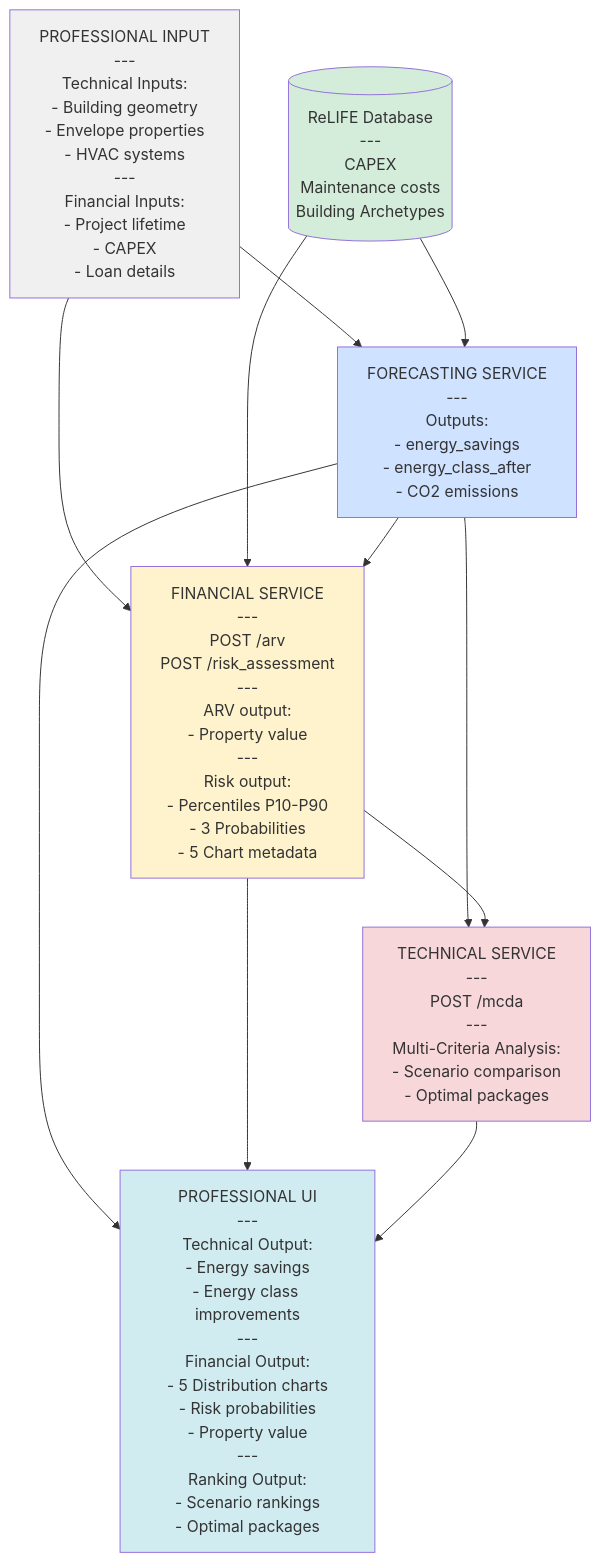
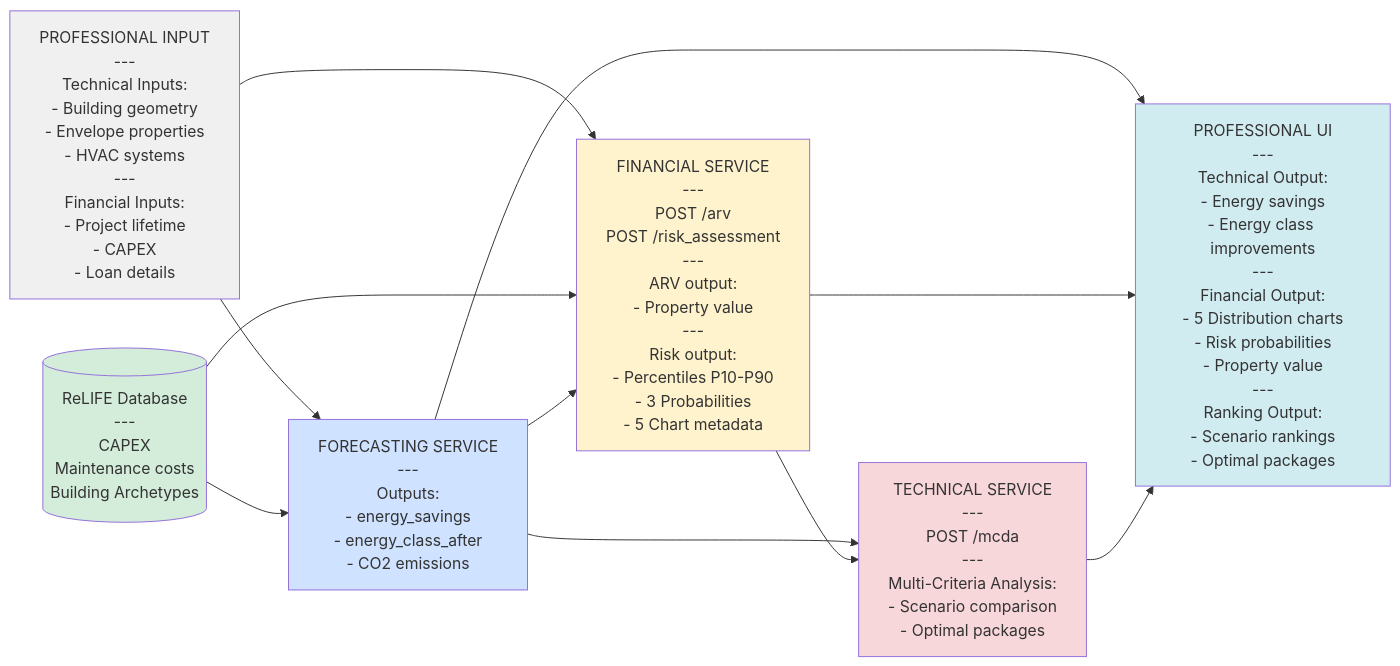
One commit to ReLIFE-Project-EU/relife-web-ui changed the sixth of 7 diagrams in .cursor/skills/tool-sequences/SKILL.md. Above: the diagram before and after it, drawn with Mermaid. The commit also changed other lines of this file, not shown here.

Commit message:
📝 Refine SKILL.md guidelines for Mermaid diagrams

````diff
--- a/.cursor/skills/tool-sequences/SKILL.md
+++ b/.cursor/skills/tool-sequences/SKILL.md
@@ -428,35 +447,35 @@
 ```mermaid
-flowchart TD
-    ProfInput[PROFESSIONAL INPUT<br/>---<br/>Technical Inputs:<br/>- Building geometry<br/>- Envelope properties<br/>- HVAC systems<br/>---<br/>Financial Inputs:<br/>- Project lifetime<br/>- CAPEX<br/>- Loan details]
+flowchart LR
+    ProfInput["PROFESSIONAL INPUT<br/>---<br/>Technical Inputs:<br/>- Building geometry<br/>- Envelope properties<br/>- HVAC systems<br/>---<br/>Financial Inputs:<br/>- Project lifetime<br/>- CAPEX<br/>- Loan details"]
 
-    DB[(ReLIFE Database<br/>---<br/>CAPEX<br/>Maintenance costs<br/>Building Archetypes)]
+    DB[("ReLIFE Database<br/>---<br/>CAPEX<br/>Maintenance costs<br/>Building Archetypes")]
 
-    Forecasting[FORECASTING SERVICE<br/>---<br/>Outputs:<br/>- energy_savings<br/>- energy_class_after<br/>- CO2 emissions]
+    Forecasting["FORECASTING SERVICE<br/>---<br/>Outputs:<br/>- energy_savings<br/>- energy_class_after<br/>- CO2 emissions"]
 
-    Financial[FINANCIAL SERVICE<br/>---<br/>POST /arv<br/>POST /risk_assessment<br/>---<br/>ARV output:<br/>- Property value<br/>---<br/>Risk output:<br/>- Percentiles P10-P90<br/>- 3 Probabilities<br/>- 5 Chart metadata]
+    Financial["FINANCIAL SERVICE<br/>---<br/>POST /arv<br/>POST /risk_assessment<br/>---<br/>ARV output:<br/>- Property value<br/>---<br/>Risk output:<br/>- Percentiles P10-P90<br/>- 3 Probabilities<br/>- 5 Chart metadata"]
 
-    Technical[TECHNICAL SERVICE<br/>---<br/>POST /mcda<br/>---<br/>Multi-Criteria Analysis:<br/>- Scenario comparison<br/>- Optimal packages]
+    Technical["TECHNICAL SERVICE<br/>---<br/>POST /mcda<br/>---<br/>Multi-Criteria Analysis:<br/>- Scenario comparison<br/>- Optimal packages"]
 
-    ProfOutput[PROFESSIONAL UI<br/>---<br/>Technical Output:<br/>- Energy savings<br/>- Energy class improvements<br/>---<br/>Financial Output:<br/>- 5 Distribution charts<br/>- Risk probabilities<br/>- Property value<br/>---<br/>Ranking Output:<br/>- Scenario rankings<br/>- Optimal packages]
+    ProfOutput["PROFESSIONAL UI<br/>---<br/>Technical Output:<br/>- Energy savings<br/>- Energy class improvements<br/>---<br/>Financial Output:<br/>- 5 Distribution charts<br/>- Risk probabilities<br/>- Property value<br/>---<br/>Ranking Output:<br/>- Scenario rankings<br/>- Optimal packages"]
 
     ProfInput --> Forecasting
     DB --> Forecasting
 
     ProfInput --> Financial
     DB --> Financial
     Forecasting --> Financial
 
     Forecasting --> Technical
     Financial --> Technical
 
     Forecasting --> ProfOutput
     Financial --> ProfOutput
     Technical --> ProfOutput
 
     style ProfInput fill:#f0f0f0
     style DB fill:#d4edda
     style Forecasting fill:#cfe2ff
     style Financial fill:#fff3cd
     style Technical fill:#f8d7da
     style ProfOutput fill:#d1ecf1
 ```
````
